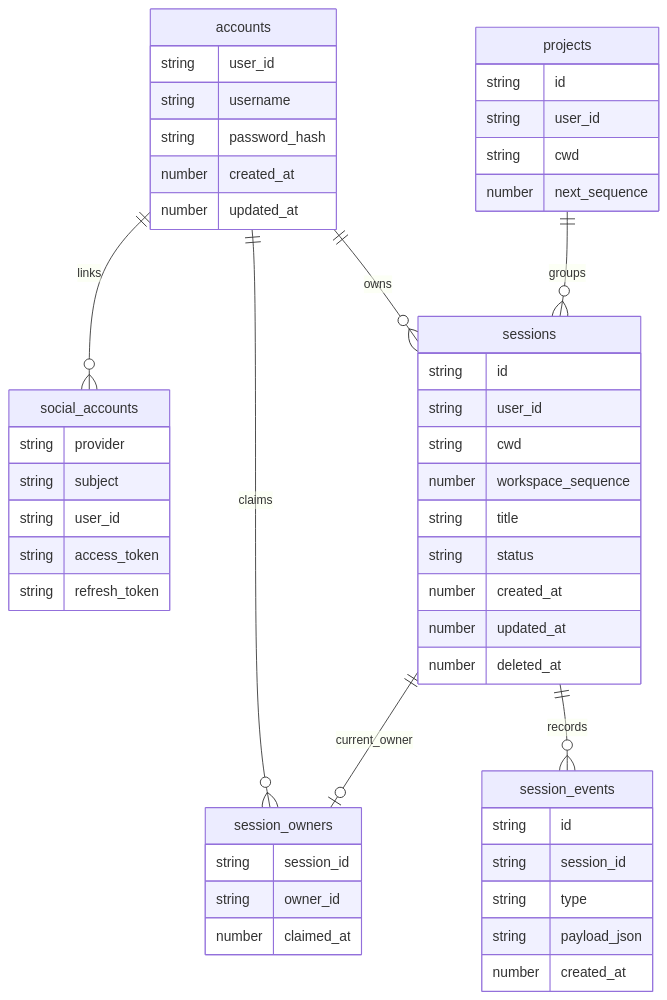
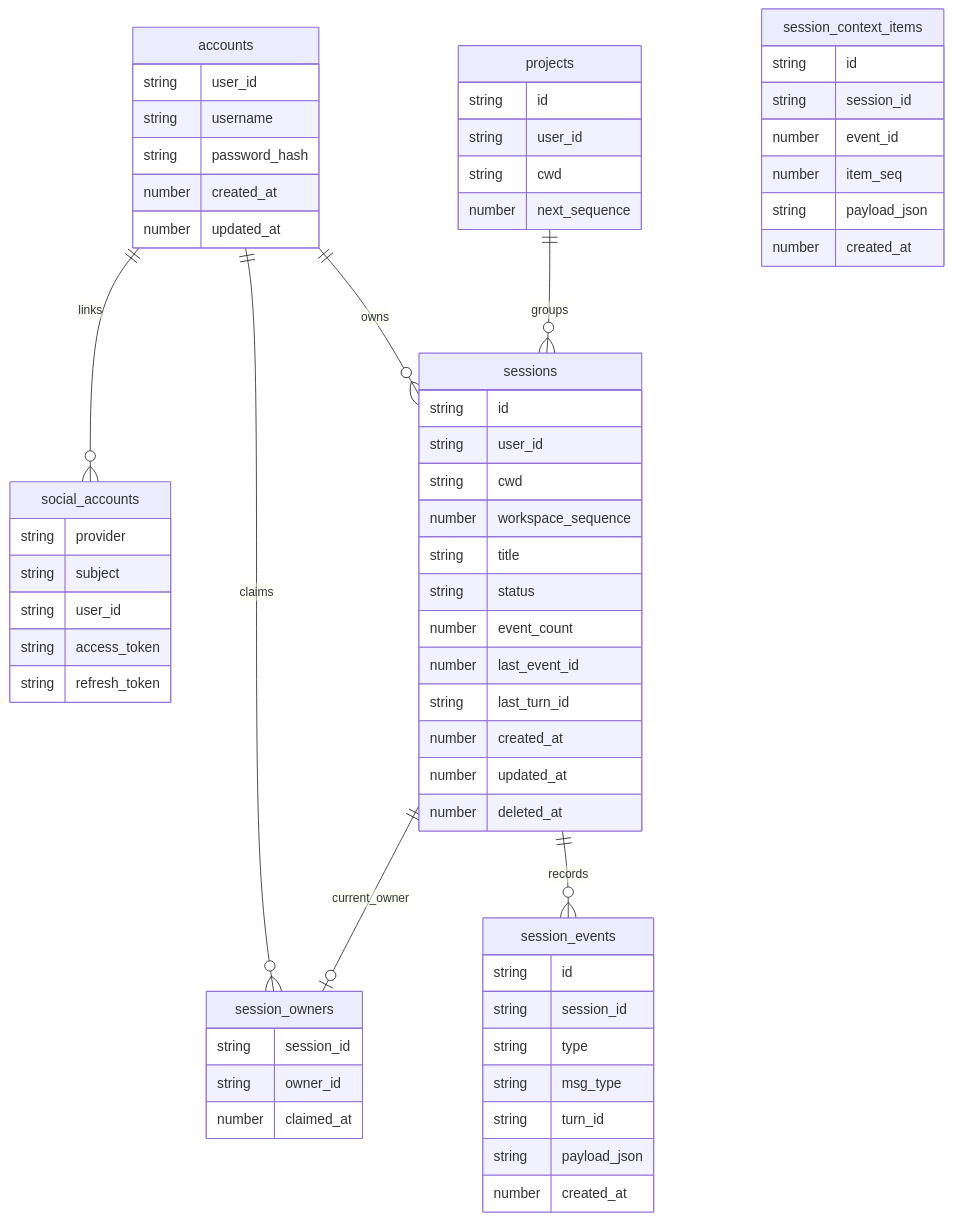
The ninth of 20 diagrams in docs/system-architecture-ko.md (hikaMaeng/ndx), drawn with Mermaid before and after one commit. The commit also changed other lines of this file and 21 other files, not shown here.

````diff
--- a/docs/system-architecture-ko.md
+++ b/docs/system-architecture-ko.md
@@ -349,58 +349,72 @@
 ```mermaid
 erDiagram
   accounts ||--o{ social_accounts : links
   accounts ||--o{ sessions : owns
   accounts ||--o{ session_owners : claims
   projects ||--o{ sessions : groups
   sessions ||--o{ session_events : records
   sessions ||--o| session_owners : current_owner
 
   accounts {
     string user_id
     string username
     string password_hash
     number created_at
     number updated_at
   }
 
   social_accounts {
     string provider
     string subject
     string user_id
     string access_token
     string refresh_token
   }
 
   projects {
     string id
     string user_id
     string cwd
     number next_sequence
   }
 
   sessions {
     string id
     string user_id
     string cwd
     number workspace_sequence
     string title
     string status
+    number event_count
+    number last_event_id
+    string last_turn_id
     number created_at
     number updated_at
     number deleted_at
   }
 
   session_events {
     string id
     string session_id
     string type
+    string msg_type
+    string turn_id
+    string payload_json
+    number created_at
+  }
+
+  session_context_items {
+    string id
+    string session_id
+    number event_id
+    number item_seq
     string payload_json
     number created_at
   }
 
   session_owners {
     string session_id
     string owner_id
     number claimed_at
   }
 ```
````
